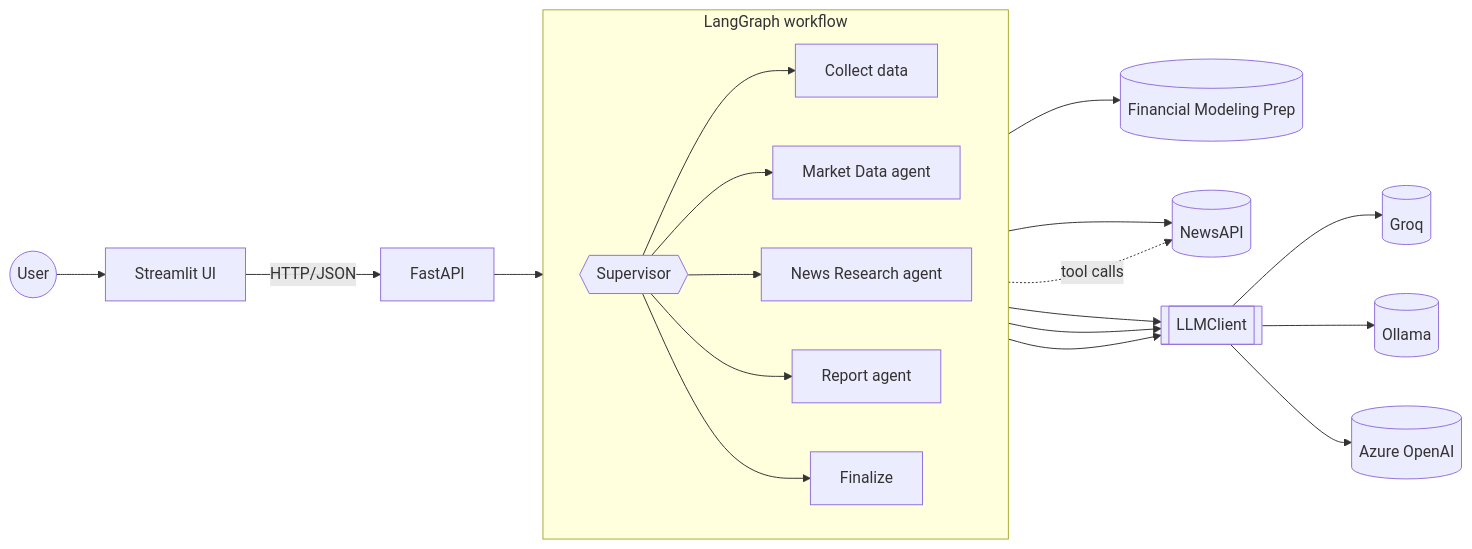
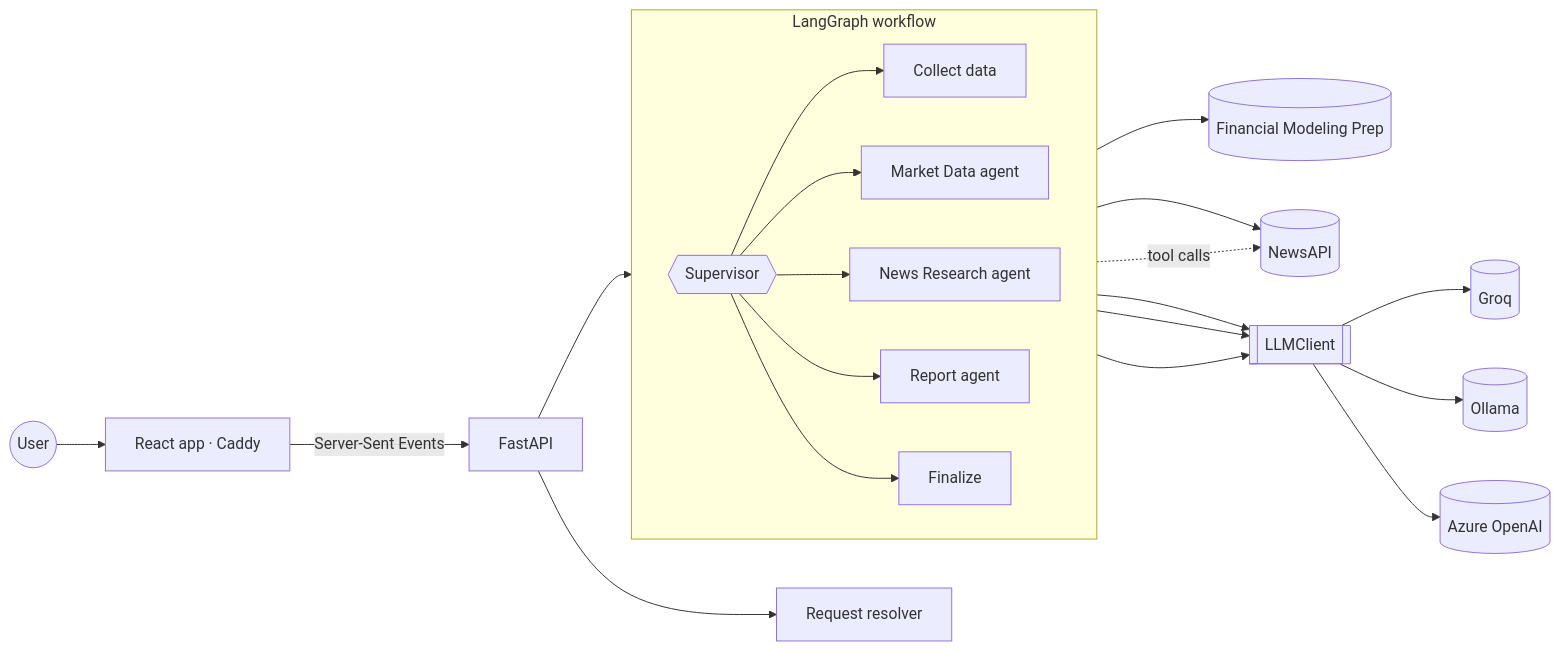
Before and after one commit to DiegFari/marketlens-ai: the diagram in README.md, drawn with Mermaid. The commit also changed other lines of this file and 58 other files, not shown here.

````diff
--- a/README.md
+++ b/README.md
@@ -121,23 +128,24 @@
 ```mermaid
 flowchart LR
-    User((User)) --> UI[Streamlit UI]
-    UI -- HTTP/JSON --> API[FastAPI]
+    User((User)) --> WEB[React app · Caddy]
+    WEB -- "Server-Sent Events" --> API[FastAPI]
+    API --> RES[Request resolver]
     API --> WF
 
     subgraph WF["LangGraph workflow"]
         direction LR
         SUP{{Supervisor}} --> COL[Collect data]
         SUP --> MKT[Market Data agent]
         SUP --> NEWS[News Research agent]
         SUP --> REP[Report agent]
         SUP --> FIN[Finalize]
     end
 
     COL --> FMP[(Financial Modeling Prep)]
     COL --> NAPI[(NewsAPI)]
     NEWS -. "tool calls" .-> NAPI
     MKT & NEWS & REP --> LLM[[LLMClient]]
     LLM --> GROQ[(Groq)]
     LLM --> OLL[(Ollama)]
     LLM --> AZ[(Azure OpenAI)]
 ```
````
